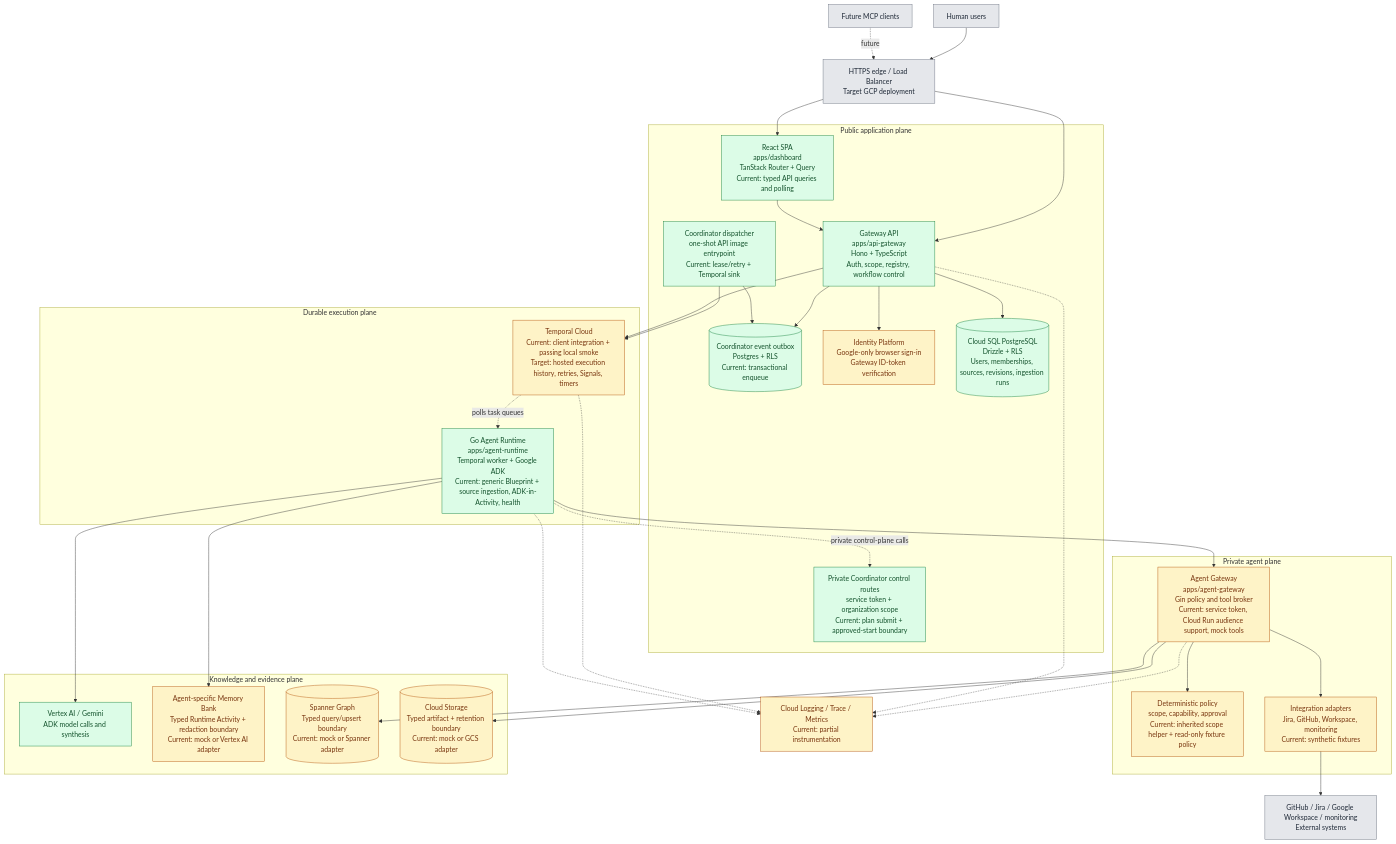
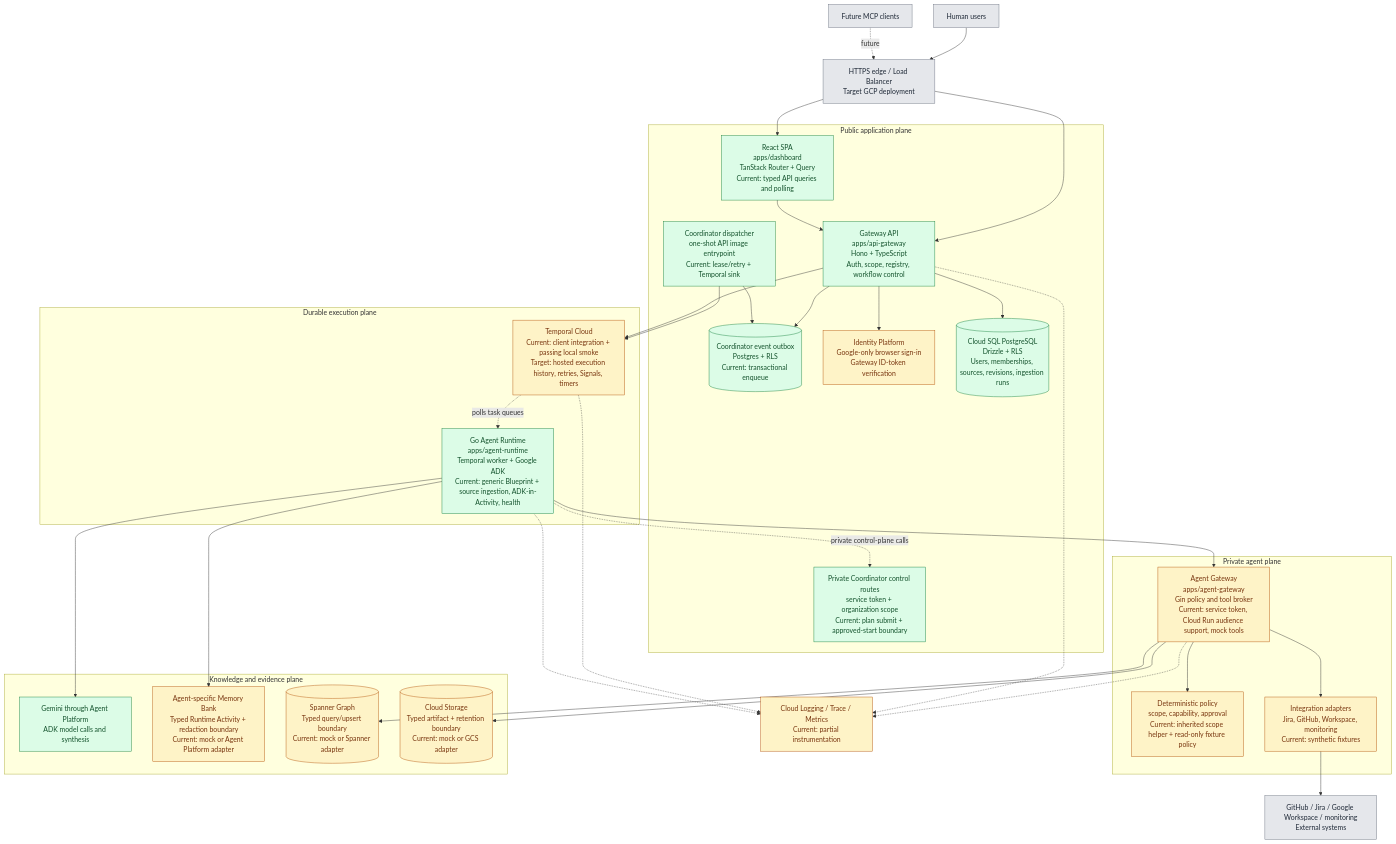
One commit to andriishupta/encois changed the first of 3 diagrams in docs/system-diagram.md. Above: the diagram before and after it, drawn with Mermaid. The commit also changed other lines of this file and 48 other files, not shown here.

````diff
--- a/docs/system-diagram.md
+++ b/docs/system-diagram.md
@@ -19,73 +19,73 @@
 ```mermaid
 flowchart TB
     Human[Human users]
     MCP[Future MCP clients]
     Edge[HTTPS edge / Load Balancer\nTarget GCP deployment]
 
     subgraph Public[Public application plane]
         Web[React SPA\napps/dashboard\nTanStack Router + Query\nCurrent: typed API queries and polling]
         API[Gateway API\napps/api-gateway\nHono + TypeScript\nAuth, scope, registry, workflow control]
         CoordinatorRoutes[Private Coordinator control routes\nservice token + organization scope\nCurrent: plan submit + approved-start boundary]
         Outbox[(Coordinator event outbox\nPostgres + RLS\nCurrent: transactional enqueue)]
         Dispatcher[Coordinator dispatcher\none-shot API image entrypoint\nCurrent: lease/retry + Temporal sink]
         Auth[Identity Platform\nGoogle-only browser sign-in\nGateway ID-token verification]
         SQL[(Cloud SQL PostgreSQL\nDrizzle + RLS\nUsers, memberships, sources, revisions, ingestion runs)]
     end
 
     subgraph Durable[Durable execution plane]
         Temporal[Temporal Cloud\nCurrent: client integration + passing local smoke\nTarget: hosted execution history, retries, Signals, timers]
         Runtime[Go Agent Runtime\napps/agent-runtime\nTemporal worker + Google ADK\nCurrent: generic Blueprint + source ingestion, ADK-in-Activity, health]
     end
 
     subgraph Private[Private agent plane]
         AgentGateway[Agent Gateway\napps/agent-gateway\nGin policy and tool broker\nCurrent: service token, Cloud Run audience support, mock tools]
         Policy[Deterministic policy\nscope, capability, approval\nCurrent: inherited scope helper + read-only fixture policy]
         Integrations[Integration adapters\nJira, GitHub, Workspace, monitoring\nCurrent: synthetic fixtures]
     end
 
     subgraph Knowledge[Knowledge and evidence plane]
-        Gemini[Vertex AI / Gemini\nADK model calls and synthesis]
-        Memory[Agent-specific Memory Bank\nTyped Runtime Activity + redaction boundary\nCurrent: mock or Vertex AI adapter]
+        Gemini[Gemini through Agent Platform\nADK model calls and synthesis]
+        Memory[Agent-specific Memory Bank\nTyped Runtime Activity + redaction boundary\nCurrent: mock or Agent Platform adapter]
         Graph[(Spanner Graph\nTyped query/upsert boundary\nCurrent: mock or Spanner adapter)]
         Storage[(Cloud Storage\nTyped artifact + retention boundary\nCurrent: mock or GCS adapter)]
     end
 
     Sources[GitHub / Jira / Google Workspace / monitoring\nExternal systems]
     Ops[Cloud Logging / Trace / Metrics\nCurrent: partial instrumentation]
 
     Human --> Edge
     MCP -. future .-> Edge
     Edge --> Web
     Edge --> API
     Web --> API
     Runtime -. private control-plane calls .-> CoordinatorRoutes
     API --> Outbox
     Dispatcher --> Outbox
     Dispatcher --> Temporal
     API --> Auth
     API --> SQL
     API --> Temporal
     Temporal -. polls task queues .-> Runtime
     Runtime --> AgentGateway
     AgentGateway --> Policy
     AgentGateway --> Integrations
     Integrations --> Sources
     Runtime --> Gemini
     Runtime --> Memory
     AgentGateway --> Graph
     AgentGateway --> Storage
     API -.-> Ops
     Temporal -.-> Ops
     Runtime -.-> Ops
     AgentGateway -.-> Ops
 
     classDef live fill:#dcfce7,stroke:#15803d,color:#14532d
     classDef scaffold fill:#fef3c7,stroke:#b45309,color:#78350f
     classDef target fill:#dbeafe,stroke:#2563eb,color:#1e3a8a
     classDef external fill:#e5e7eb,stroke:#6b7280,color:#1f2937
 
     class Web,API,CoordinatorRoutes,Outbox,Dispatcher,SQL,Runtime,Gemini live
     class Auth,Temporal,AgentGateway,Policy,Integrations,Ops scaffold
     class Memory,Graph,Storage scaffold
     class Human,MCP,Edge,Sources external
 ```
````
